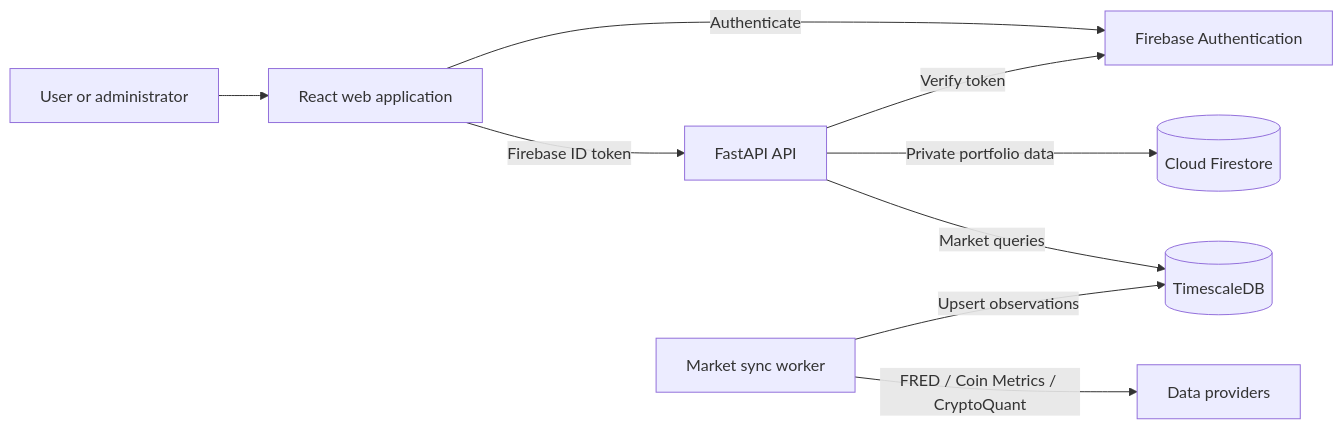
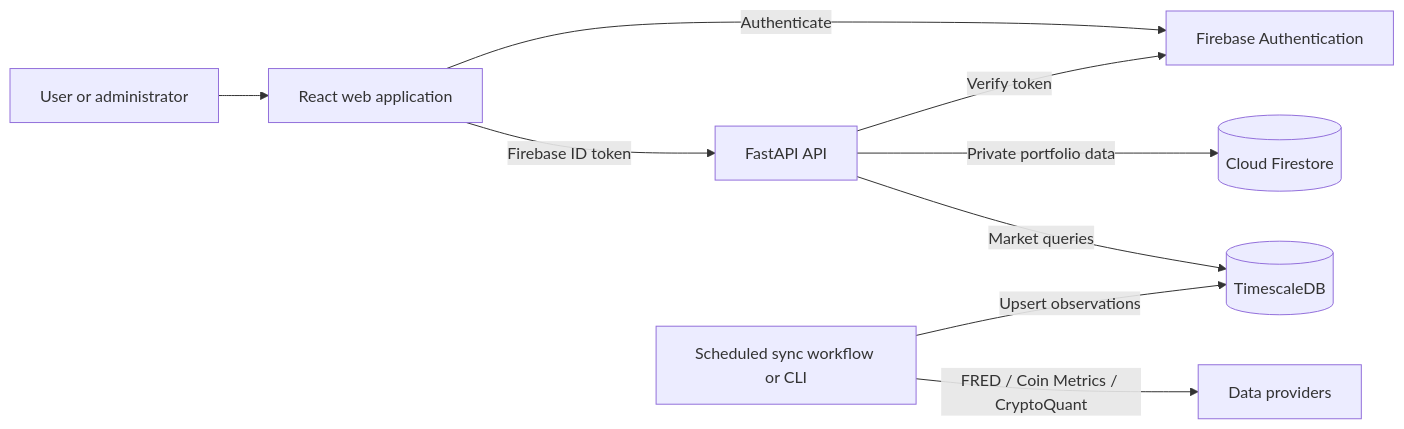
One commit to mocaales/macroverse changed the diagram in README.md. Above: the diagram before and after it, drawn with Mermaid. The commit also changed other lines of this file and 55 other files, not shown here.

````diff
--- a/README.md
+++ b/README.md
@@ -44,11 +44,11 @@
 ```mermaid
 flowchart LR
     User[User or administrator] --> Web[React web application]
     Web -->|Authenticate| FirebaseAuth[Firebase Authentication]
     Web -->|Firebase ID token| API[FastAPI API]
     API -->|Verify token| FirebaseAuth
     API -->|Private portfolio data| Firestore[(Cloud Firestore)]
     API -->|Market queries| Timescale[(TimescaleDB)]
-    Worker[Market sync worker] -->|FRED / Coin Metrics / CryptoQuant| Providers[Data providers]
-    Worker -->|Upsert observations| Timescale
+    Sync[Scheduled sync workflow or CLI] -->|FRED / Coin Metrics / CryptoQuant| Providers[Data providers]
+    Sync -->|Upsert observations| Timescale
 ```
````
